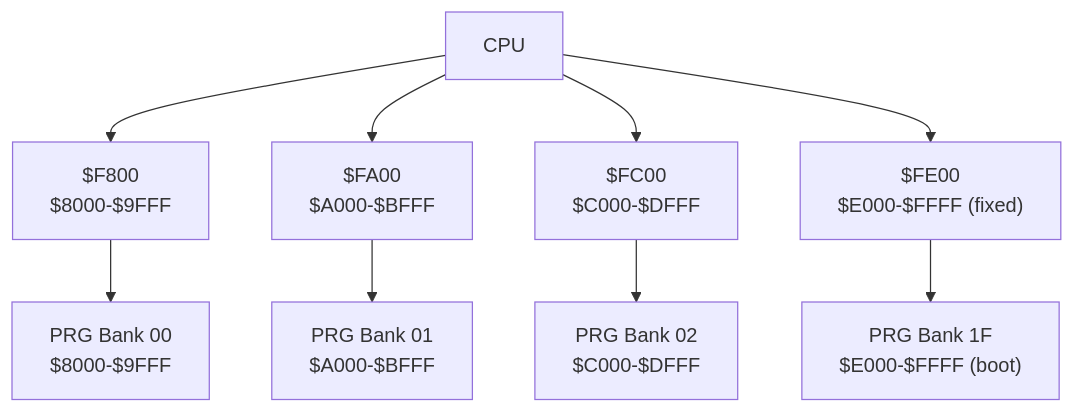
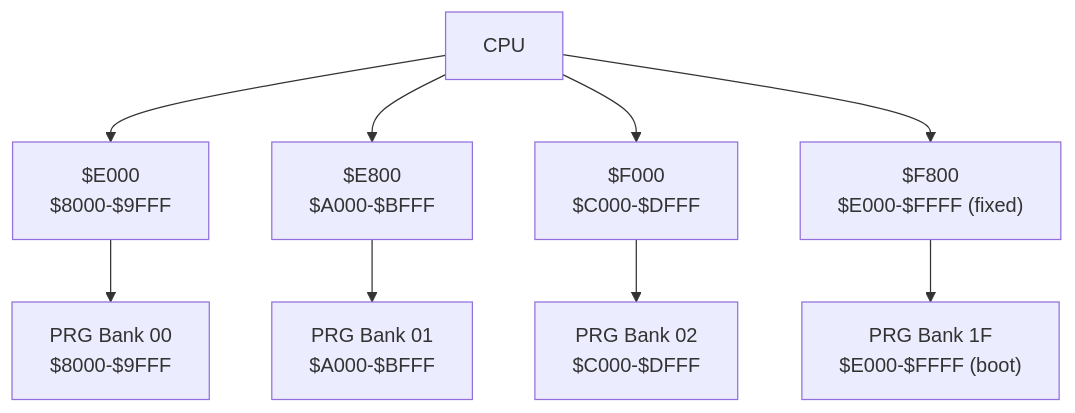
One commit to rabbyzero/sango2dasm changed the second of 3 diagrams in .qoder/repowiki/en/content/Advanced Topics/Namco-163 Mapper Specifications.md. Above: the diagram before and after it, drawn with Mermaid. The commit also changed other lines of this file and 21 other files, not shown here.

````diff
--- a/.qoder/repowiki/en/content/Advanced Topics/Namco-163 Mapper Specifications.md
+++ b/.qoder/repowiki/en/content/Advanced Topics/Namco-163 Mapper Specifications.md
@@ -102,20 +115,20 @@
 ```mermaid
 graph TB
 CPU["CPU"]
-REG8000["$F800<br/>$8000-$9FFF"]
-REGA000["$FA00<br/>$A000-$BFFF"]
-REGC000["$FC00<br/>$C000-$DFFF"]
-REGE000["$FE00<br/>$E000-$FFFF (fixed)"]
+REGE000["$E000<br/>$8000-$9FFF"]
+REGE800["$E800<br/>$A000-$BFFF"]
+REGF000["$F000<br/>$C000-$DFFF"]
+REGF800["$F800<br/>$E000-$FFFF (fixed)"]
 PRG00["PRG Bank 00<br/>$8000-$9FFF"]
 PRG01["PRG Bank 01<br/>$A000-$BFFF"]
 PRG02["PRG Bank 02<br/>$C000-$DFFF"]
 PRG1F["PRG Bank 1F<br/>$E000-$FFFF (boot)"]
-CPU --> REG8000
-CPU --> REGA000
-CPU --> REGC000
 CPU --> REGE000
-REG8000 --> PRG00
-REGA000 --> PRG01
-REGC000 --> PRG02
-REGE000 --> PRG1F
+CPU --> REGE800
+CPU --> REGF000
+CPU --> REGF800
+REGE000 --> PRG00
+REGE800 --> PRG01
+REGF000 --> PRG02
+REGF800 --> PRG1F
 ```
````
